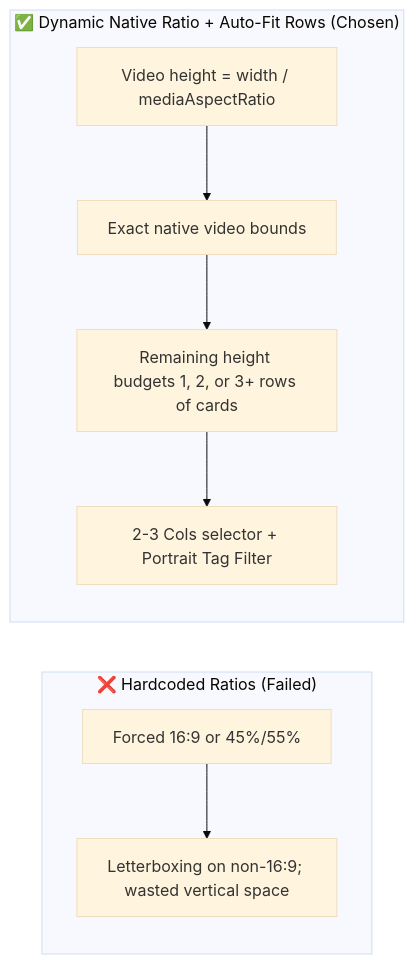
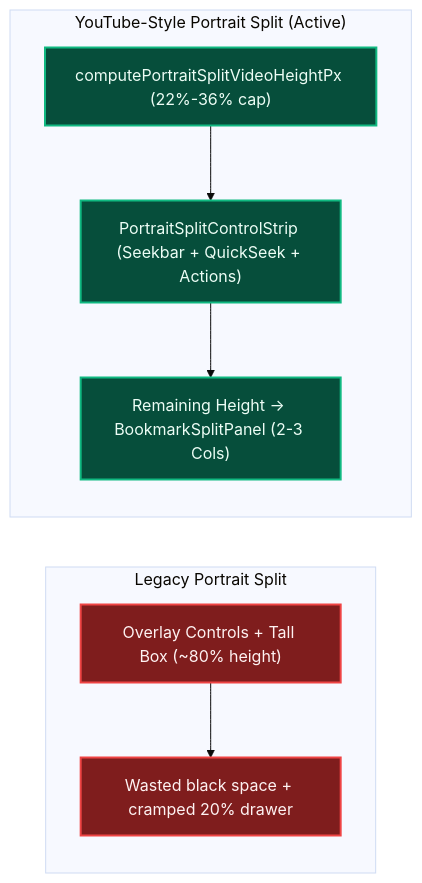
One commit to Mostakim2005/mpvRx changed the second of 5 diagrams in docs/DECISIONS_AND_TRAPS.md. Above: the diagram before and after it, drawn with Mermaid (base theme). The commit also changed other lines of this file and 49 other files, not shown here.

Commit message:
feat(vault,ui): isolate AV sync in primary vault, add decoy vault, vault data retention, instant delete, and YouTube portrait split

````diff
--- a/docs/DECISIONS_AND_TRAPS.md
+++ b/docs/DECISIONS_AND_TRAPS.md
@@ -37,11 +37,13 @@
 ```mermaid
 flowchart LR
-    subgraph Failed["❌ Hardcoded Ratios (Failed)"]
-        A1["Forced 16:9 or 45%/55%"] --> A2["Letterboxing on non-16:9; wasted vertical space"]
+    classDef bad fill:#7f1d1d,stroke:#ef4444,stroke-width:2px,color:#fef2f2
+    classDef good fill:#064e3b,stroke:#10b981,stroke-width:2px,color:#ecfdf5
+
+    subgraph Failed["Legacy Portrait Split"]
+        A1["Overlay Controls + Tall Box (~80% height)"]:::bad --> A2["Wasted black space + cramped 20% drawer"]:::bad
     end
-    subgraph Active["✅ Dynamic Native Ratio + Auto-Fit Rows (Chosen)"]
-        B1["Video height = width / mediaAspectRatio"] --> B2["Exact native video bounds"]
-        B2 --> B3["Remaining height budgets 1, 2, or 3+ rows of cards"]
-        B3 --> B4["2-3 Cols selector + Portrait Tag Filter"]
+    subgraph Active["YouTube-Style Portrait Split (Active)"]
+        B1["computePortraitSplitVideoHeightPx (22%-36% cap)"]:::good --> B2["PortraitSplitControlStrip (Seekbar + QuickSeek + Actions)"]:::good
+        B2 --> B3["Remaining Height -> BookmarkSplitPanel (2-3 Cols)"]:::good
     end
 ```
````
